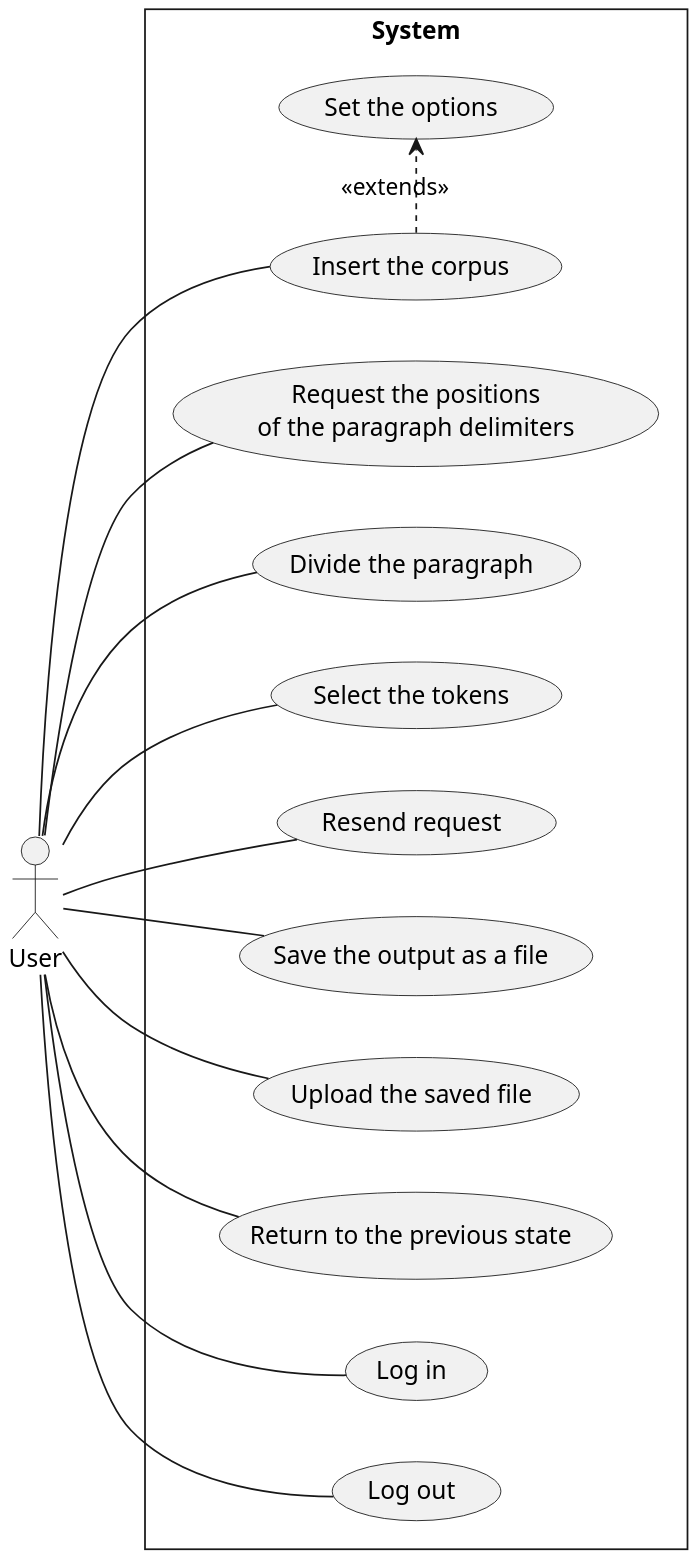
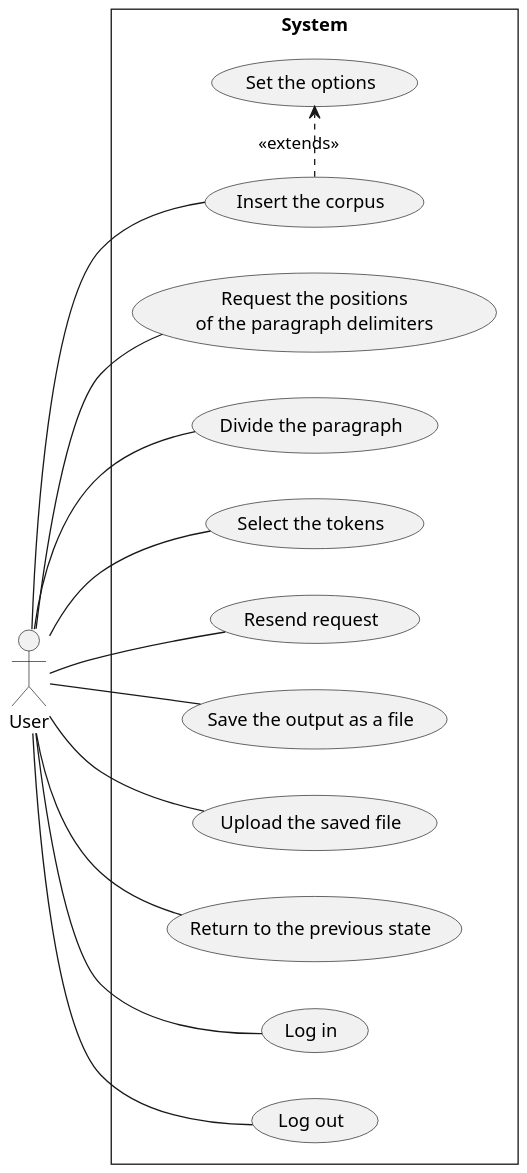
One commit to parkchamchi/GlossySnake changed the diagram in docs/req_analysis/images/usecase.puml. Above: the diagram before and after it, drawn with PlantUML. The commit also changed 4 other files, not shown here.

```diff
--- a/docs/req_analysis/images/usecase.puml
+++ b/docs/req_analysis/images/usecase.puml
@@ -1,40 +1,40 @@
 @startuml
 
-skinparam dpi 200
+skinparam dpi 150
 skinparam style strictuml
 
 left to right direction
 actor User
 
 rectangle System {
 	(Insert the corpus) as UC001
 	(Set the options) as UC002
 
 	(Request the positions\nof the paragraph delimiters) as UC003
 	(Divide the paragraph) as UC004
 
 	(Select the tokens) as UC005
 	(Resend request) as UC006
 
 	(Save the output as a file) as UC007
 	(Upload the saved file) as UC008
 
 	(Return to the previous state) as UC009
 
 	(Log in) as UC010
 	(Log out) as UC011
 }
 
 User -- UC001
 UC001 .> UC002 : <<extends>>
 User -- UC003
 User -- UC004
 User -- UC005
 User -- UC006
 User -- UC007
 User -- UC008
 User -- UC009
 User -- UC010
 User -- UC011
 
 @enduml
```
